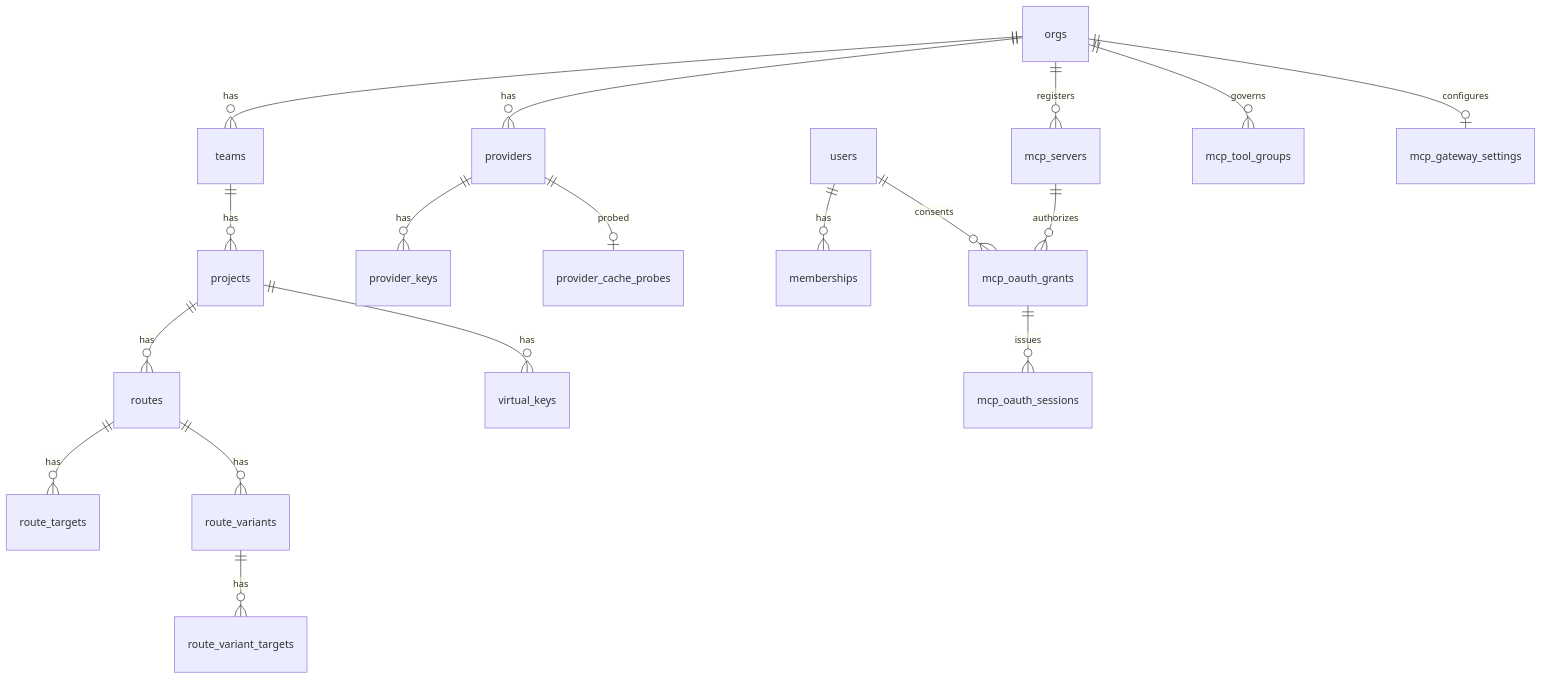
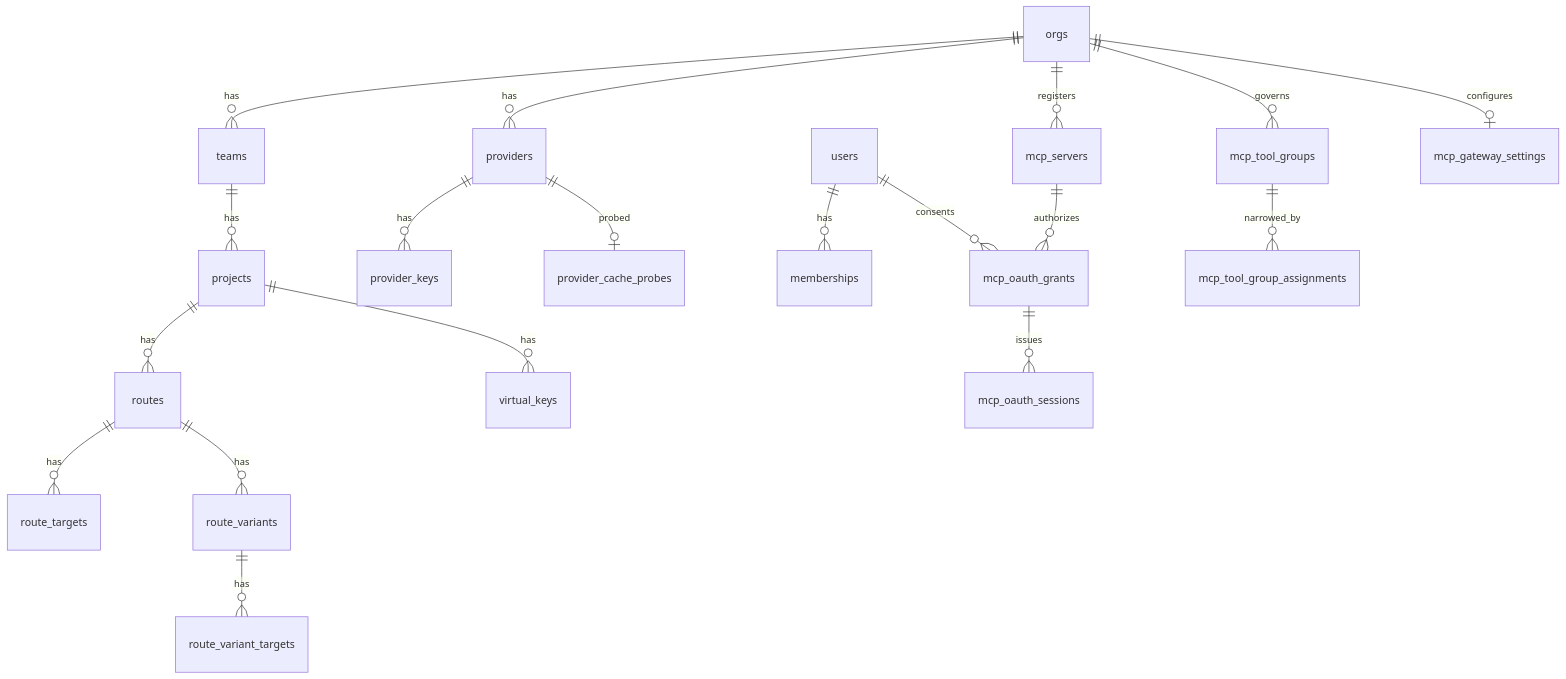
One commit to rolter-ai/rolter changed the diagram in docs/dev-docs/architecture/data-model.md. Above: the diagram before and after it, drawn with Mermaid. The commit also changed other lines of this file and 46 other files, not shown here.

First line of the commit message:
feat(proxy): mcp group assignments and tools/list filtering [#3295] (#3439)

````diff
--- a/docs/dev-docs/architecture/data-model.md
+++ b/docs/dev-docs/architecture/data-model.md
@@ -7,20 +7,21 @@
 ```mermaid
 erDiagram
   orgs ||--o{ teams : has
   teams ||--o{ projects : has
   projects ||--o{ routes : has
   routes ||--o{ route_targets : has
   routes ||--o{ route_variants : has
   route_variants ||--o{ route_variant_targets : has
   projects ||--o{ virtual_keys : has
   orgs ||--o{ providers : has
   providers ||--o{ provider_keys : has
   providers ||--o| provider_cache_probes : probed
   users ||--o{ memberships : has
   orgs ||--o{ mcp_servers : registers
   users ||--o{ mcp_oauth_grants : consents
   mcp_servers ||--o{ mcp_oauth_grants : authorizes
   orgs ||--o{ mcp_tool_groups : governs
+  mcp_tool_groups ||--o{ mcp_tool_group_assignments : narrowed_by
   orgs ||--o| mcp_gateway_settings : configures
   mcp_oauth_grants ||--o{ mcp_oauth_sessions : issues
 ```
````
